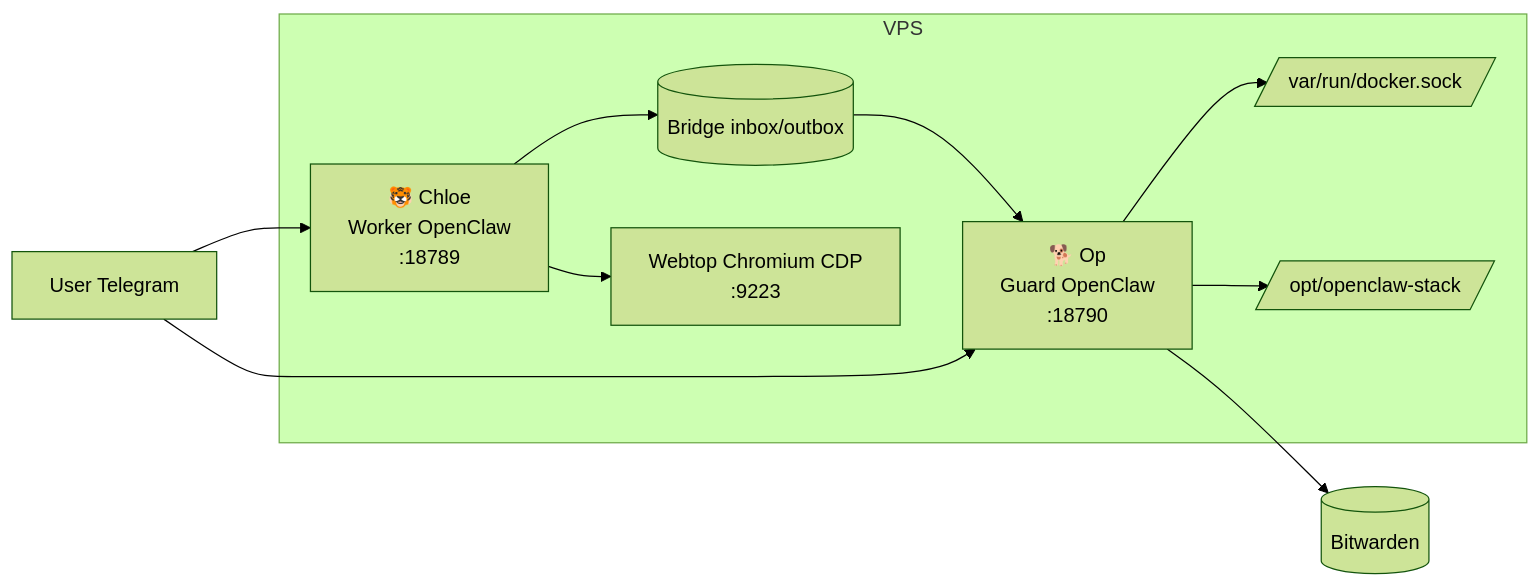
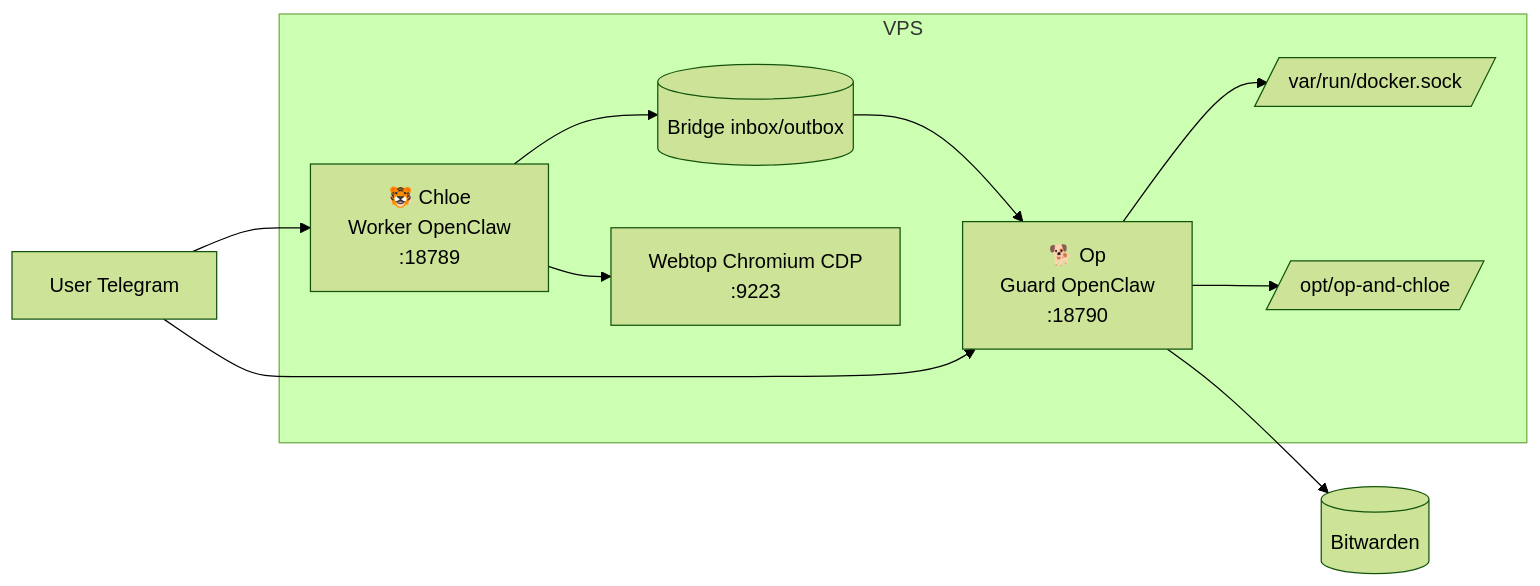
Before and after one commit to mere/openclaw-stack: the first of 2 diagrams in README.md, drawn with Mermaid (forest theme). The commit also changed other lines of this file and 14 other files, not shown here.

Commit message:
Rebrand content paths/references from openclaw-stack to op-and-chloe

````diff
--- a/README.md
+++ b/README.md
@@ -37,31 +37,31 @@
 ```mermaid
 flowchart LR
   U[User Telegram]
   C[🐯 Chloe\nWorker OpenClaw\n:18789]
   O[🐕 Op\nGuard OpenClaw\n:18790]
   B[Webtop Chromium CDP\n:9223]
   BW[(Bitwarden)]
   BR[(Bridge inbox/outbox)]
   D[/var/run/docker.sock/]
-  R[/opt/openclaw-stack/]
+  R[/opt/op-and-chloe/]
 
   U --> C
   U --> O
 
   C --> BR
   BR --> O
 
   C --> B
   O --> D
   O --> R
   O --> BW
 
   subgraph VPS
     C
     O
     B
     BR
     D
     R
   end
 ```
````
